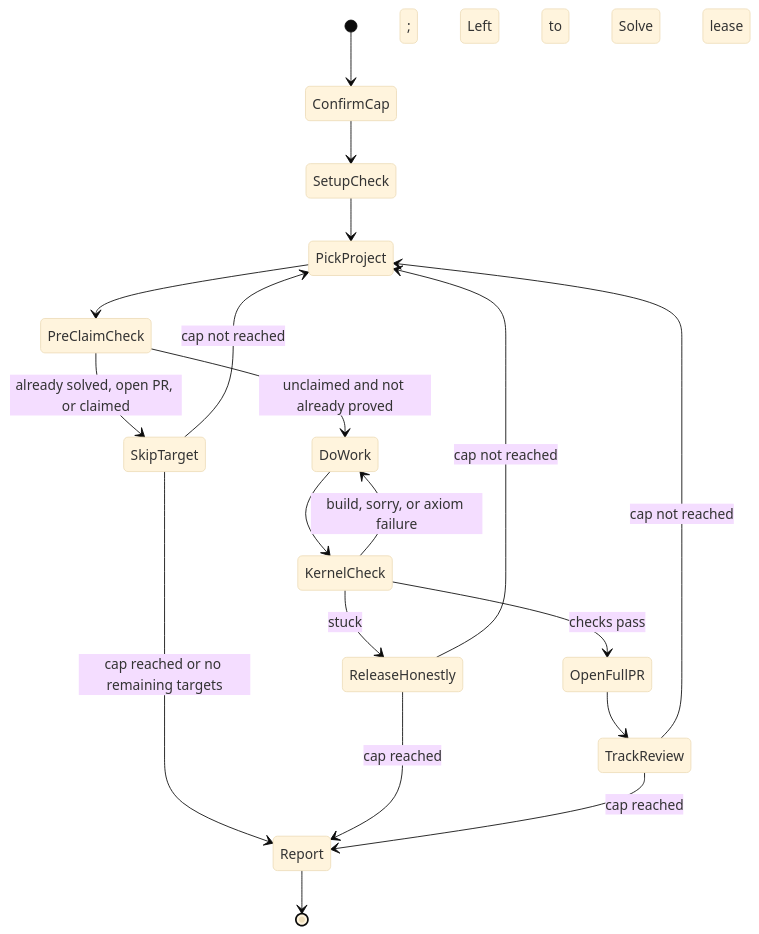
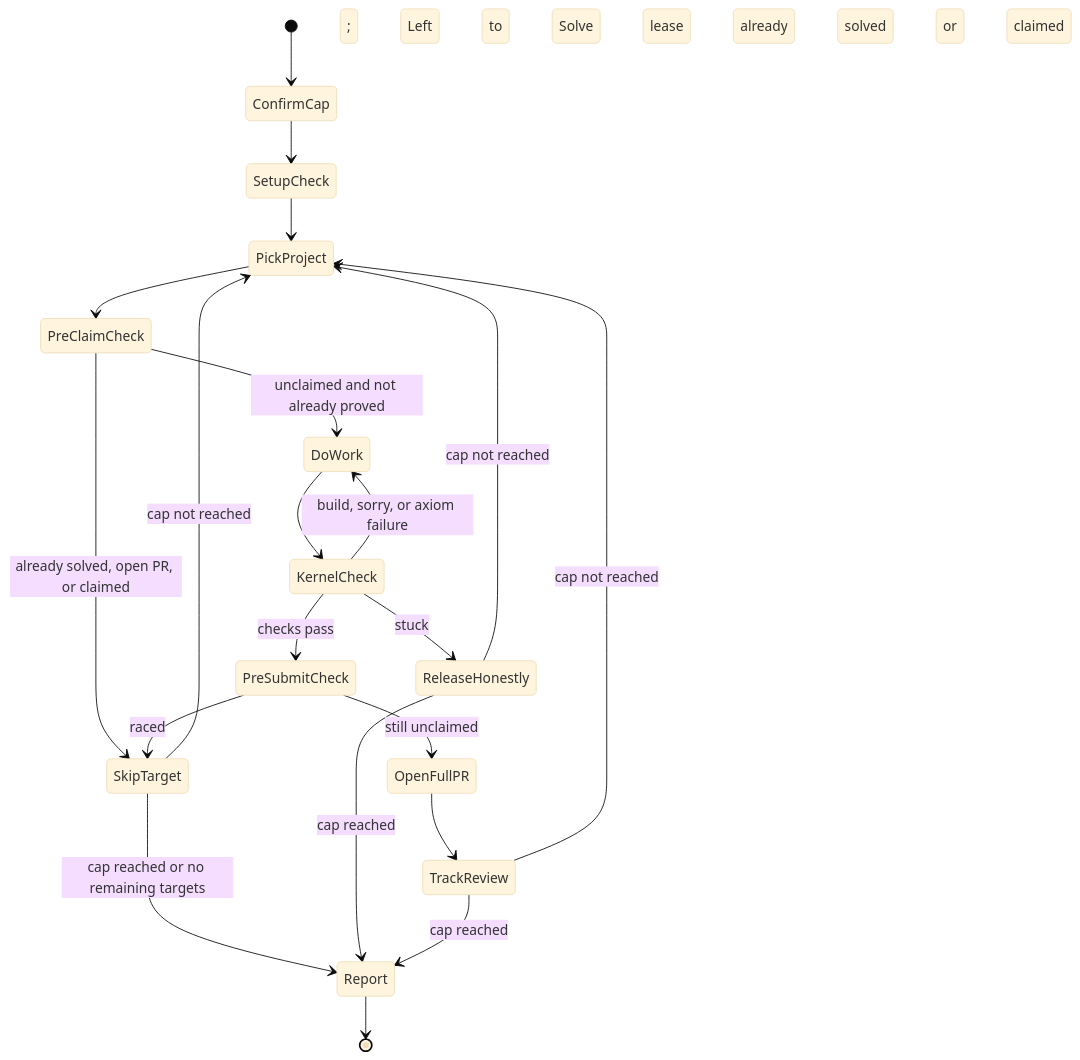
One commit to vincentkoc/dotskills changed the diagram in skills/formal-math-conjectures/SKILL.md. Above: the diagram before and after it, drawn with Mermaid (base theme). The commit also changed other lines of this file and 1 other file, not shown here.

````diff
--- a/skills/formal-math-conjectures/SKILL.md
+++ b/skills/formal-math-conjectures/SKILL.md
@@ -70,21 +72,23 @@
 ```mermaid
 stateDiagram-v2
     [*] --> ConfirmCap
     ConfirmCap --> SetupCheck
     SetupCheck --> PickProject
     PickProject --> PreClaimCheck
     PreClaimCheck --> SkipTarget: already solved, open PR, or claimed
     SkipTarget --> PickProject: cap not reached
     SkipTarget --> Report: cap reached or no remaining targets
     PreClaimCheck --> DoWork: unclaimed and not already proved
     DoWork --> KernelCheck
     KernelCheck --> DoWork: build, sorry, or axiom failure
     KernelCheck --> ReleaseHonestly: stuck; Left to Solve lease
     ReleaseHonestly --> PickProject: cap not reached
     ReleaseHonestly --> Report: cap reached
-    KernelCheck --> OpenFullPR: checks pass
+    KernelCheck --> PreSubmitCheck: checks pass
+    PreSubmitCheck --> SkipTarget: raced; already solved or claimed
+    PreSubmitCheck --> OpenFullPR: still unclaimed
     OpenFullPR --> TrackReview
     TrackReview --> PickProject: cap not reached
     TrackReview --> Report: cap reached
     Report --> [*]
 ```
````
